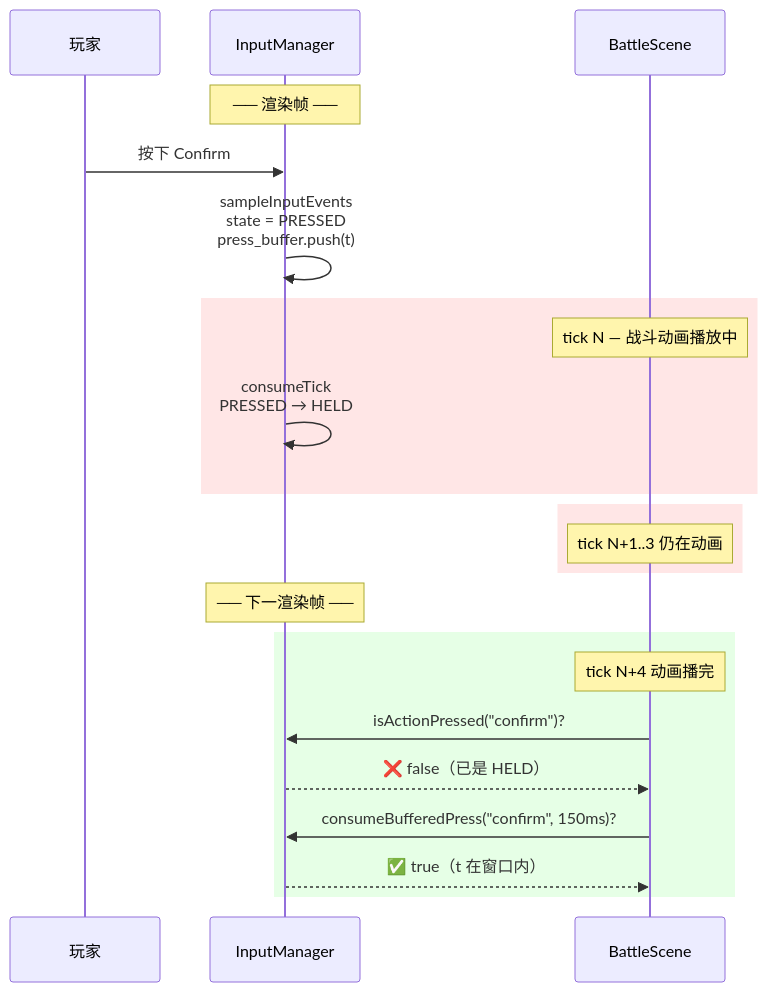
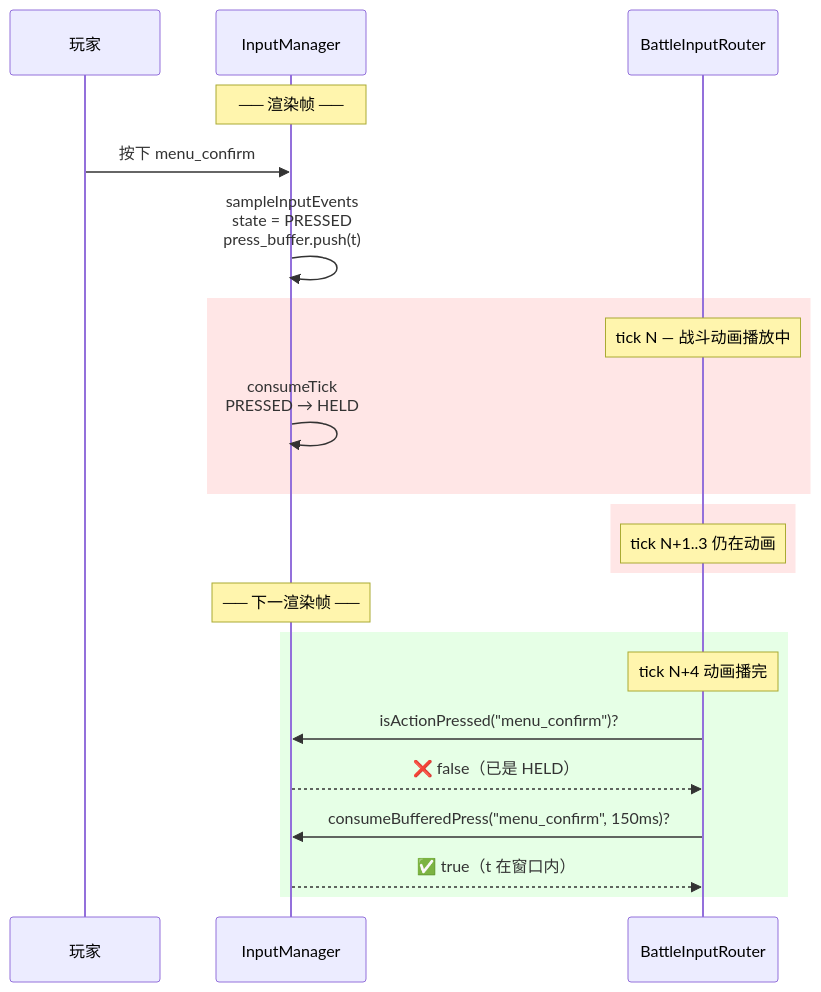
The third of 6 diagrams in lecture_plans/lectures/05-输入上下文与菜单导航.md (WispSnow/TinyFarmRPG), drawn with Mermaid before and after one commit. The commit also changed other lines of this file and 7 other files, not shown here.

````diff
--- a/lecture_plans/lectures/05-输入上下文与菜单导航.md
+++ b/lecture_plans/lectures/05-输入上下文与菜单导航.md
@@ -133,24 +133,24 @@
 ```mermaid
 sequenceDiagram
     participant P as 玩家
     participant IM as InputManager
-    participant B as BattleScene
+    participant B as BattleInputRouter
     Note over IM: ── 渲染帧 ──
-    P->>IM: 按下 Confirm
+    P->>IM: 按下 menu_confirm
     IM->>IM: sampleInputEvents<br/>state = PRESSED<br/>press_buffer.push(t)
     rect rgb(255,230,230)
         Note over B: tick N — 战斗动画播放中
         IM->>IM: consumeTick<br/>PRESSED → HELD
     end
     rect rgb(255,230,230)
         Note over B: tick N+1..3 仍在动画
     end
     Note over IM: ── 下一渲染帧 ──
     rect rgb(230,255,230)
         Note over B: tick N+4 动画播完
-        B->>IM: isActionPressed("confirm")?
+        B->>IM: isActionPressed("menu_confirm")?
         IM-->>B: ❌ false（已是 HELD）
-        B->>IM: consumeBufferedPress("confirm", 150ms)?
+        B->>IM: consumeBufferedPress("menu_confirm", 150ms)?
         IM-->>B: ✅ true（t 在窗口内）
     end
 ```
````
